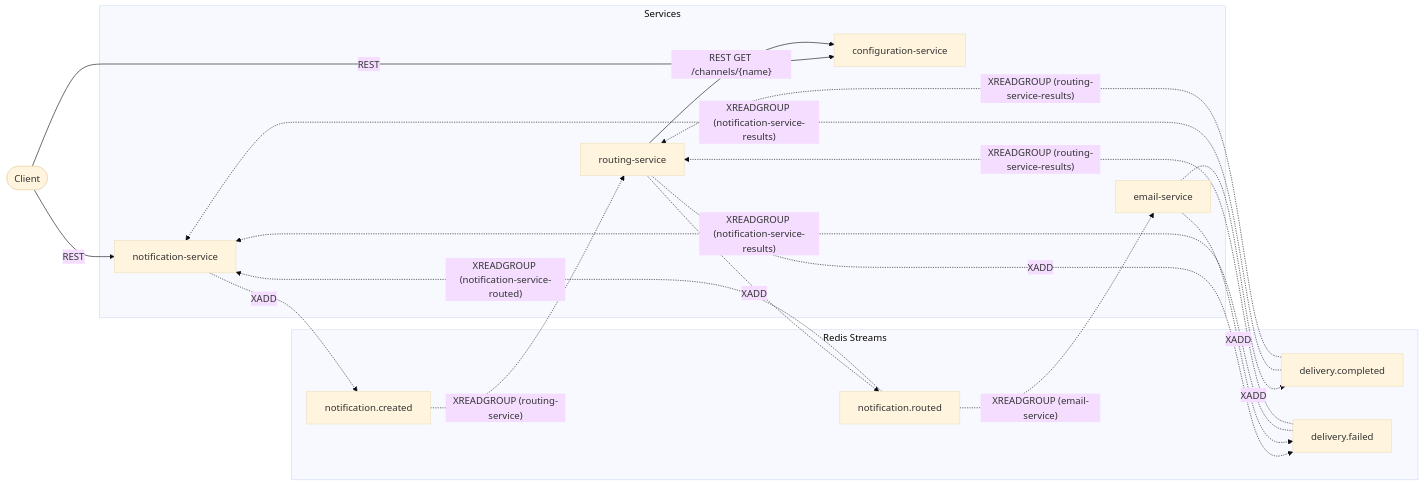
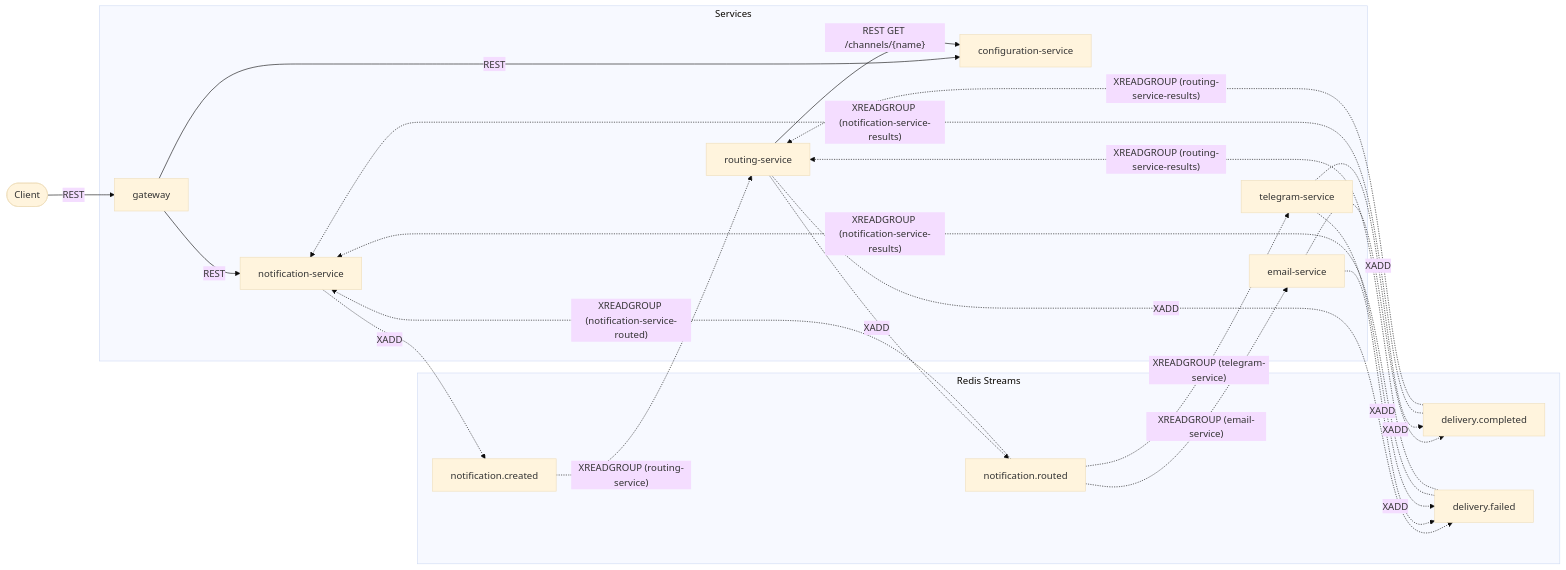
The diagram in README.md (jumping2000/microservices_notifier), drawn with Mermaid (base theme) before and after one commit. The commit also changed other lines of this file and 16 other files, not shown here.

Commit message:
docs: document slice 2 recovery, telegram, gateway, real delivery and playground

````diff
--- a/README.md
+++ b/README.md
@@ -24,38 +29,44 @@
 ```mermaid
 flowchart LR
     Client(["Client"])
 
     subgraph Services
+        GW["gateway"]
         NS["notification-service"]
         RS["routing-service"]
         CS["configuration-service"]
         ES["email-service"]
+        TS["telegram-service"]
     end
 
     subgraph Redis Streams
         SNC["notification.created"]
         SNR["notification.routed"]
         SDC["delivery.completed"]
         SDF["delivery.failed"]
     end
 
-    Client -- REST --> NS
-    Client -- REST --> CS
+    Client -- REST --> GW
+    GW -- REST --> NS
+    GW -- REST --> CS
     RS -- "REST GET /channels/{name}" --> CS
 
     NS -. "XADD" .-> SNC
     SNC -. "XREADGROUP (routing-service)" .-> RS
 
     RS -. "XADD" .-> SNR
     RS -. "XADD" .-> SDF
     SNR -. "XREADGROUP (email-service)" .-> ES
+    SNR -. "XREADGROUP (telegram-service)" .-> TS
     SNR -. "XREADGROUP (notification-service-routed)" .-> NS
 
     ES -. "XADD" .-> SDC
     ES -. "XADD" .-> SDF
+    TS -. "XADD" .-> SDC
+    TS -. "XADD" .-> SDF
 
     SDC -. "XREADGROUP (notification-service-results)" .-> NS
     SDC -. "XREADGROUP (routing-service-results)" .-> RS
     SDF -. "XREADGROUP (notification-service-results)" .-> NS
     SDF -. "XREADGROUP (routing-service-results)" .-> RS
 ```
````
